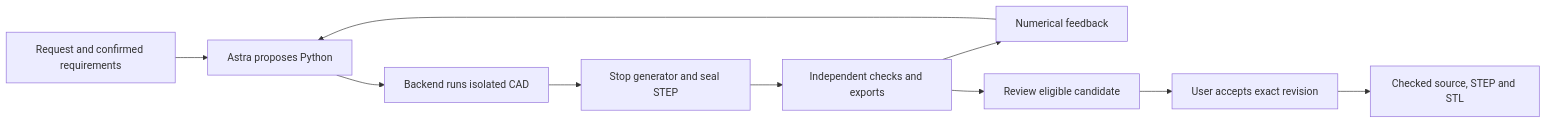
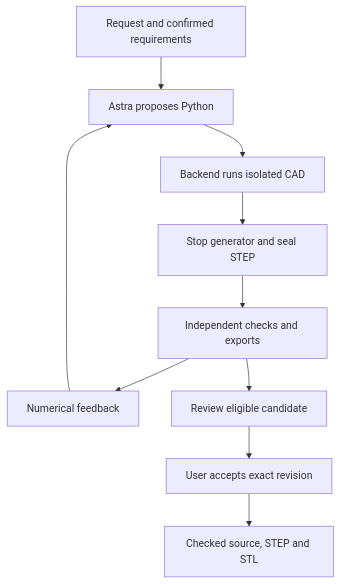
Before and after one commit to benikigai/worldkinetic: the diagram in README.md, drawn with Mermaid.

Commit message:
Make the README workflow diagram readable at page width

````diff
--- a/README.md
+++ b/README.md
@@ -23,12 +23,12 @@
 ```mermaid
-flowchart LR
+flowchart TB
     U["Request and confirmed requirements"] --> A["Astra proposes Python"]
     A --> G["Backend runs isolated CAD"]
     G --> S["Stop generator and seal STEP"]
     S --> V["Independent checks and exports"]
     V --> F["Numerical feedback"]
     F --> A
     V --> R["Review eligible candidate"]
     R --> H["User accepts exact revision"]
     H --> P["Checked source, STEP and STL"]
 ```
````
